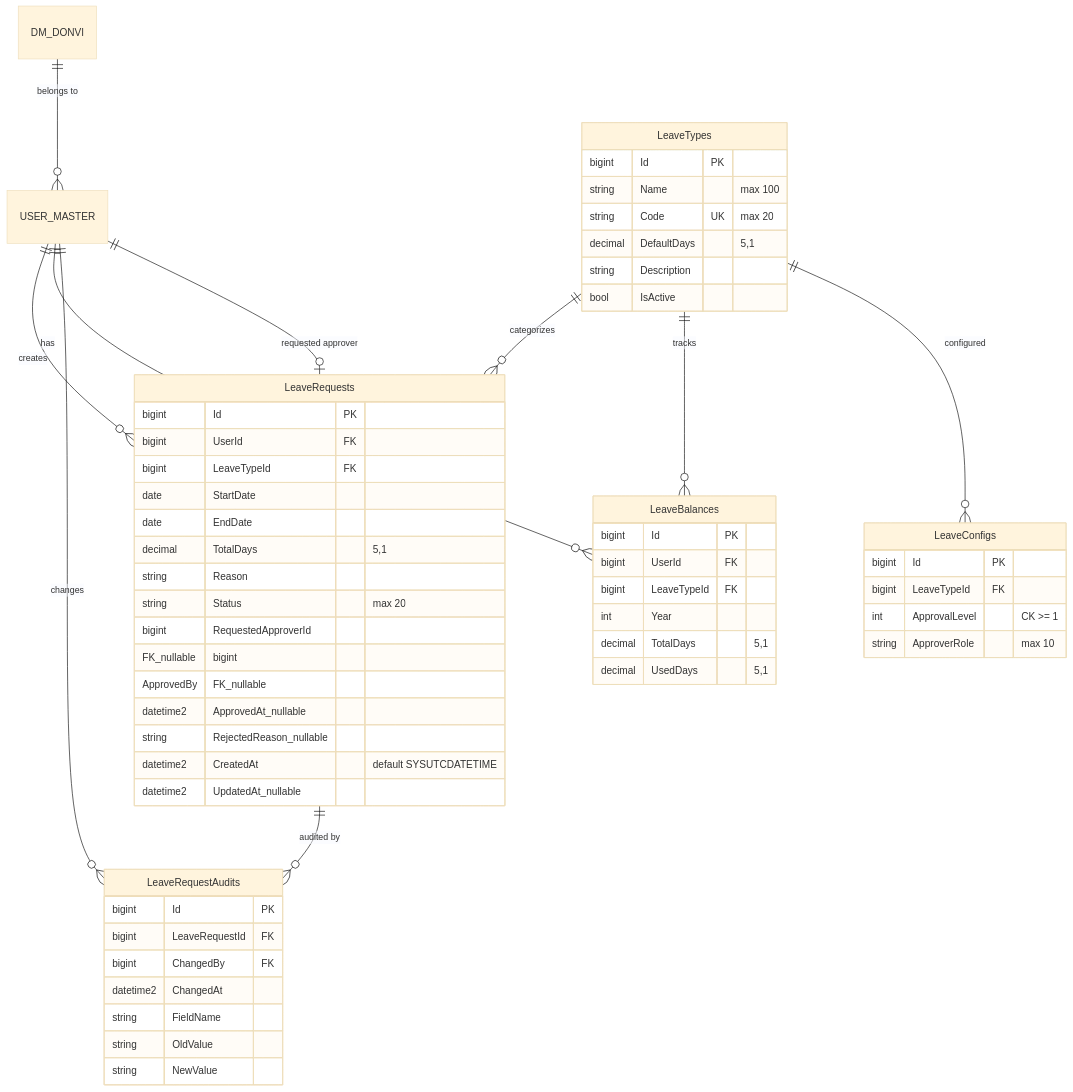
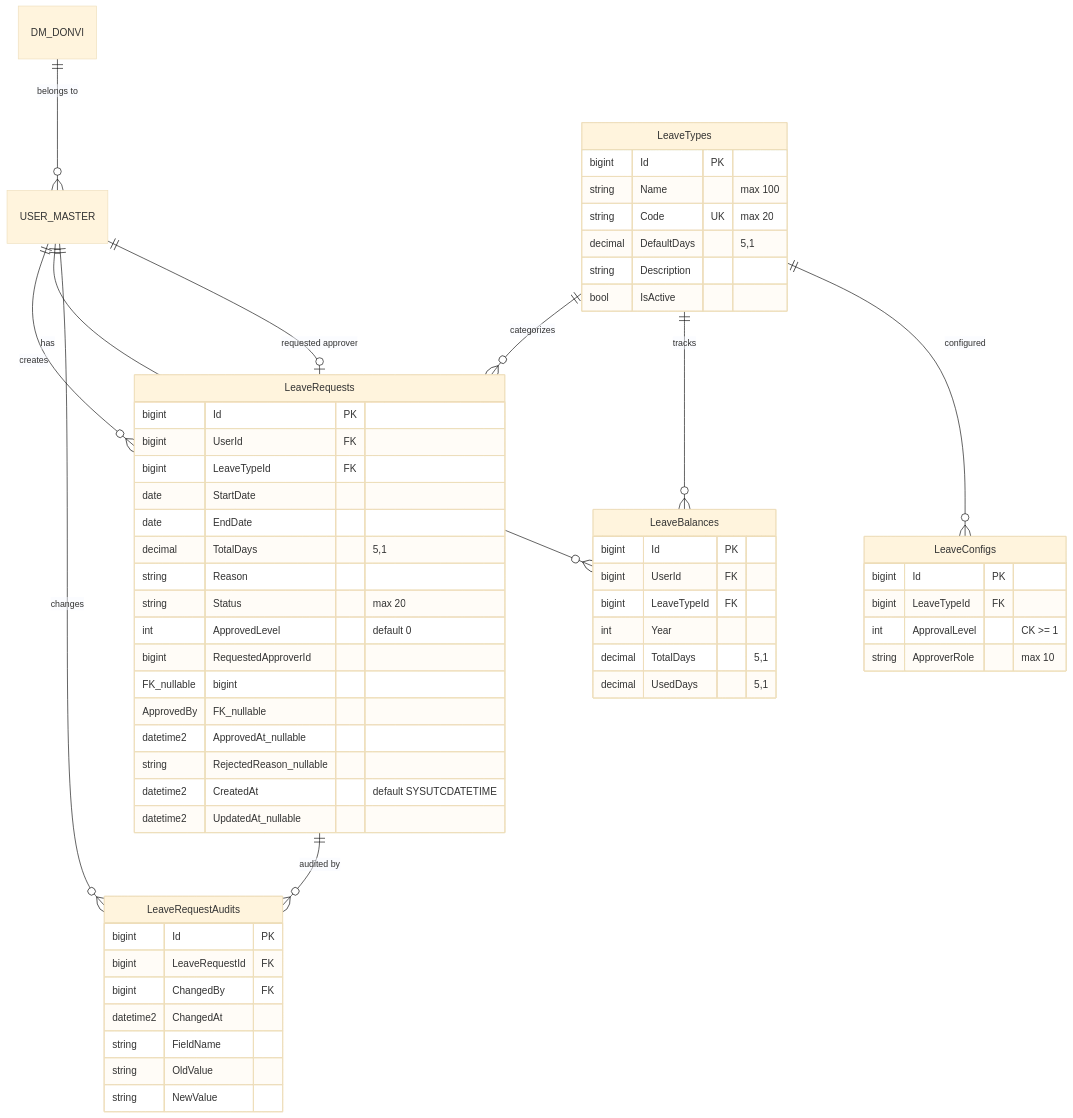
One commit to Ali-AnNT/qlnp-ttcds changed the third of 7 diagrams in docs/system-architecture.md. Above: the diagram before and after it, drawn with Mermaid (base theme). The commit also changed other lines of this file and 55 other files, not shown here.

````diff
--- a/docs/system-architecture.md
+++ b/docs/system-architecture.md
@@ -147,59 +148,60 @@
 ```mermaid
 erDiagram
     USER_MASTER ||--o{ LeaveRequests : "creates"
     USER_MASTER ||--o{ LeaveBalances : "has"
     USER_MASTER ||--o{ LeaveRequestAudits : "changes"
     DM_DONVI ||--o{ USER_MASTER : "belongs to"
     LeaveTypes ||--o{ LeaveRequests : "categorizes"
     LeaveTypes ||--o{ LeaveBalances : "tracks"
     LeaveTypes ||--o{ LeaveConfigs : "configured"
     LeaveTypes {
         bigint Id PK
         string Name "max 100"
         string Code UK "max 20"
         decimal DefaultDays "5,1"
         string Description
         bool IsActive
     }
     LeaveRequests {
         bigint Id PK
         bigint UserId FK
         bigint LeaveTypeId FK
         date StartDate
         date EndDate
         decimal TotalDays "5,1"
         string Reason
         string Status "max 20"
+        int ApprovedLevel "default 0"
         bigint RequestedApproverId FK_nullable
         bigint ApprovedBy FK_nullable
         datetime2 ApprovedAt_nullable
         string RejectedReason_nullable
         datetime2 CreatedAt "default SYSUTCDATETIME"
         datetime2 UpdatedAt_nullable
     }
     USER_MASTER ||--o| LeaveRequests : "requested approver"
     LeaveRequests ||--o{ LeaveRequestAudits : "audited by"
     LeaveRequestAudits {
         bigint Id PK
         bigint LeaveRequestId FK
         bigint ChangedBy FK
         datetime2 ChangedAt
         string FieldName
         string OldValue
         string NewValue
     }
     LeaveBalances {
         bigint Id PK
         bigint UserId FK
         bigint LeaveTypeId FK
         int Year
         decimal TotalDays "5,1"
         decimal UsedDays "5,1"
     }
     LeaveConfigs {
         bigint Id PK
         bigint LeaveTypeId FK
         int ApprovalLevel "CK >= 1"
         string ApproverRole "max 10"
     }
 ```
````
